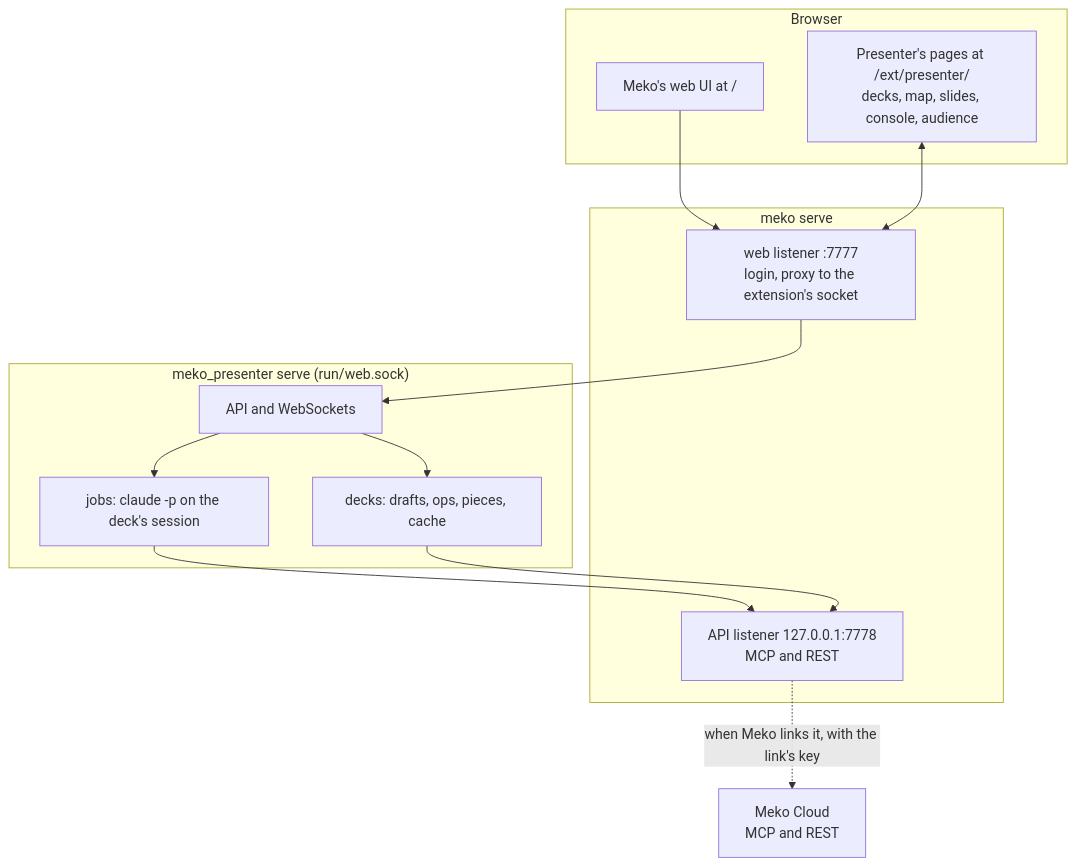
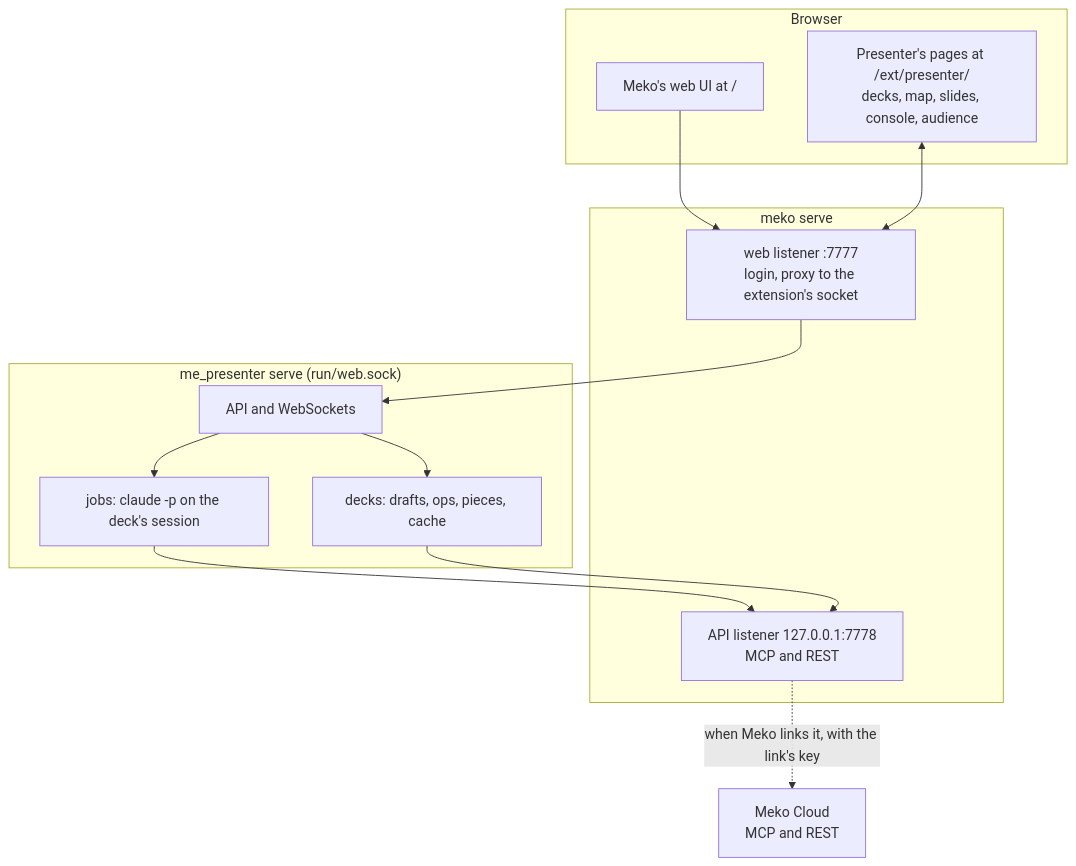
The diagram in extensions/presenter/docs/design.md (yugabyte/meko), drawn with Mermaid before and after one commit. The commit also changed other lines of this file and 102 other files, not shown here.

First line of the commit message:
feat(agentk,meko,presenter)!: run as me_koder and me_presenter

````diff
--- a/extensions/presenter/docs/design.md
+++ b/extensions/presenter/docs/design.md
@@ -8,24 +8,24 @@
 ```mermaid
 flowchart TB
   subgraph Browser
     MUI["Meko's web UI at /"]
     PG["Presenter's pages at /ext/presenter/\ndecks, map, slides, console, audience"]
   end
   subgraph Meko["meko serve"]
     WL["web listener :7777\nlogin, proxy to the extension's socket"]
     AL["API listener 127.0.0.1:7778\nMCP and REST"]
   end
-  subgraph P["meko_presenter serve (run/web.sock)"]
+  subgraph P["me_presenter serve (run/web.sock)"]
     API["API and WebSockets"]
     J["jobs: claude -p on the deck's session"]
     D["decks: drafts, ops, pieces, cache"]
   end
   MUI --> WL
   PG <--> WL
   WL --> API
   API --> J
   API --> D
   J --> AL
   D --> AL
   AL -.->|"when Meko links it, with the link's key"| MC["Meko Cloud\nMCP and REST"]
 ```
````
